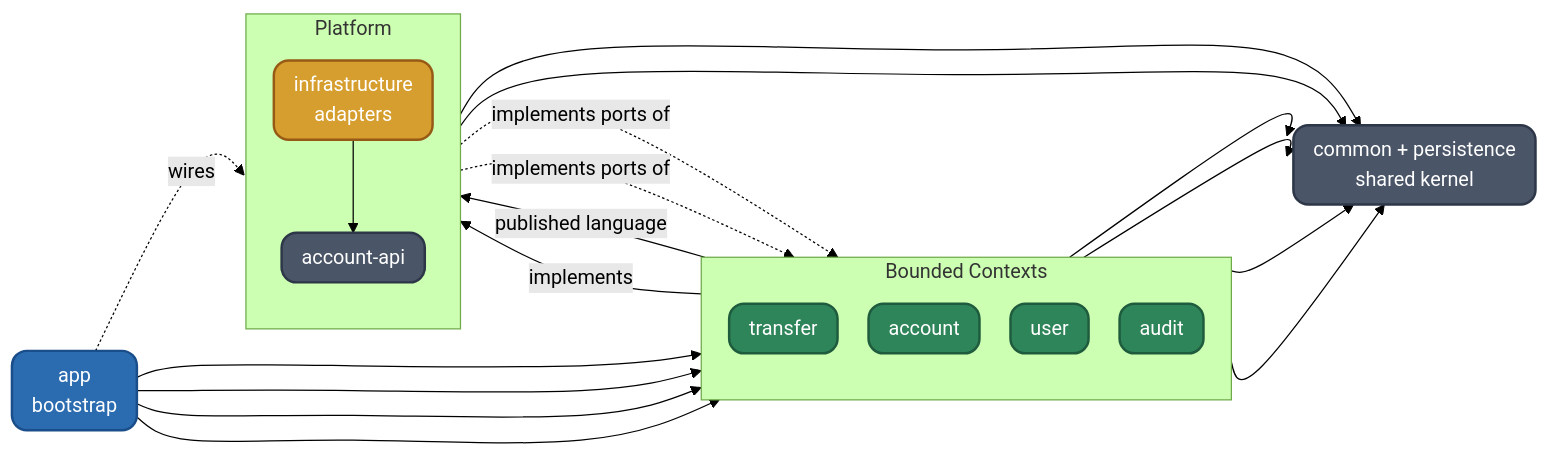
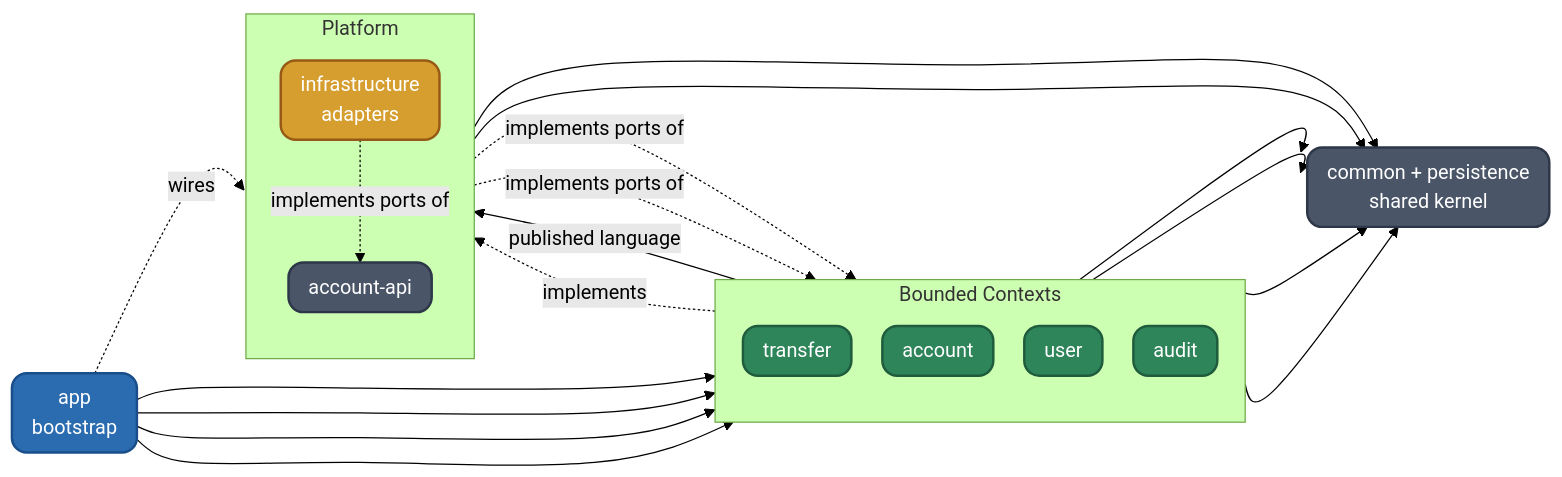
One commit to BerkanApaydin/core-banking changed the diagram in readme.md. Above: the diagram before and after it, drawn with Mermaid (forest theme). The commit also changed other lines of this file and 1 other file, not shown here.

Commit message:
docs: sync readme with code audit findings

````diff
--- a/readme.md
+++ b/readme.md
@@ -63,35 +64,35 @@
 ```mermaid
 %%{init: {'flowchart': {'rankSpacing': 0, 'nodeSpacing': 25, 'curve': 'natural', 'padding': 0}}}%%
 graph LR
     classDef boot fill:#2B6CB0,stroke:#1A4E8A,color:#fff,stroke-width:2px,rx:12,ry:12;
     classDef ctx fill:#2F855A,stroke:#1F5C3D,color:#fff,stroke-width:2px,rx:12,ry:12;
     classDef plat fill:#4A5568,stroke:#2D3748,color:#fff,stroke-width:2px,rx:12,ry:12;
     classDef infraC fill:#D69E2E,stroke:#975A16,color:#fff,stroke-width:2px,rx:12,ry:12;
 
     app[app<br/>bootstrap]:::boot
 
     subgraph contexts[Bounded Contexts]
         direction TB
         transfer[transfer]:::ctx
         account[account]:::ctx
         user[user]:::ctx
         audit[audit]:::ctx
     end
 
     subgraph platform[Platform]
         direction TB
         api[account-api]:::plat
         infra[infrastructure<br/>adapters]:::infraC
     end
 
     shared[common + persistence<br/>shared kernel]:::plat
 
     app --> transfer & account & user & audit
     app -. wires .-> infra
     transfer -- published language --> api
-    account -- implements --> api
+    account -. implements .-> api
     transfer & account & user & audit --> shared
     api --> shared
-    infra --> shared & api
-    infra -. implements ports of .-> user & audit
+    infra --> shared
+    infra -. implements ports of .-> api & user & audit
 ```
````
